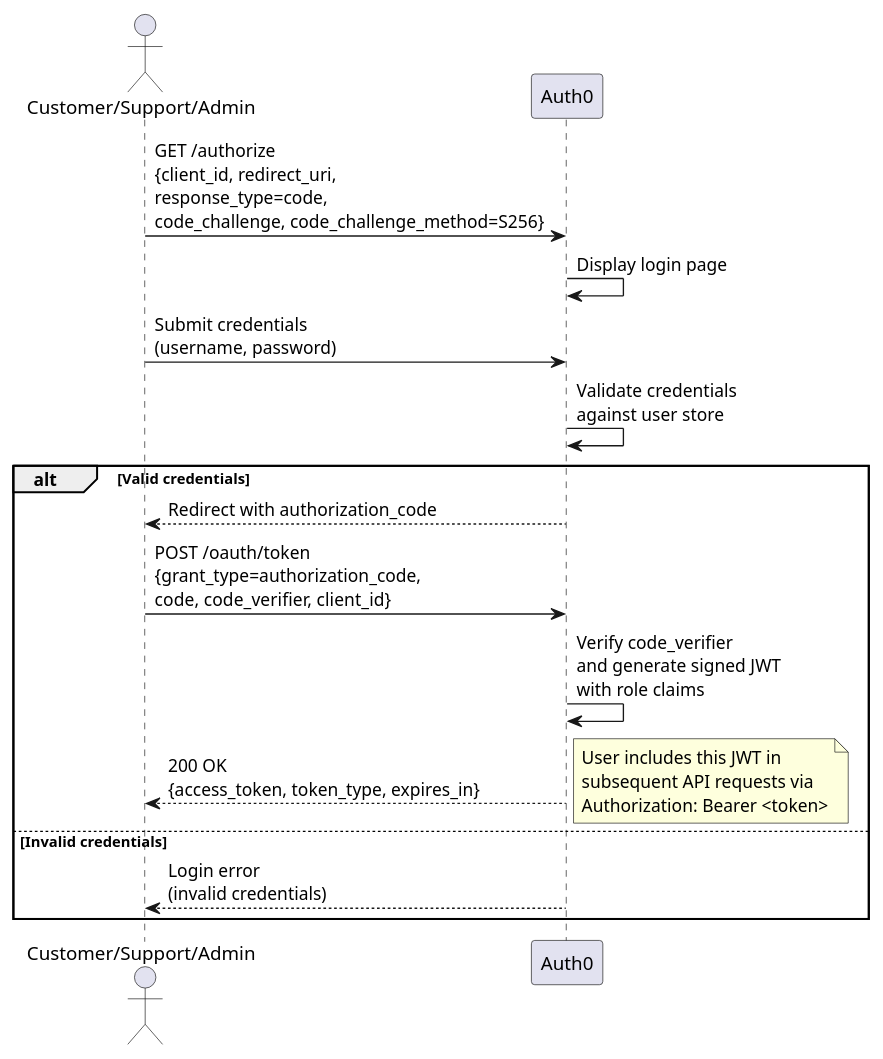
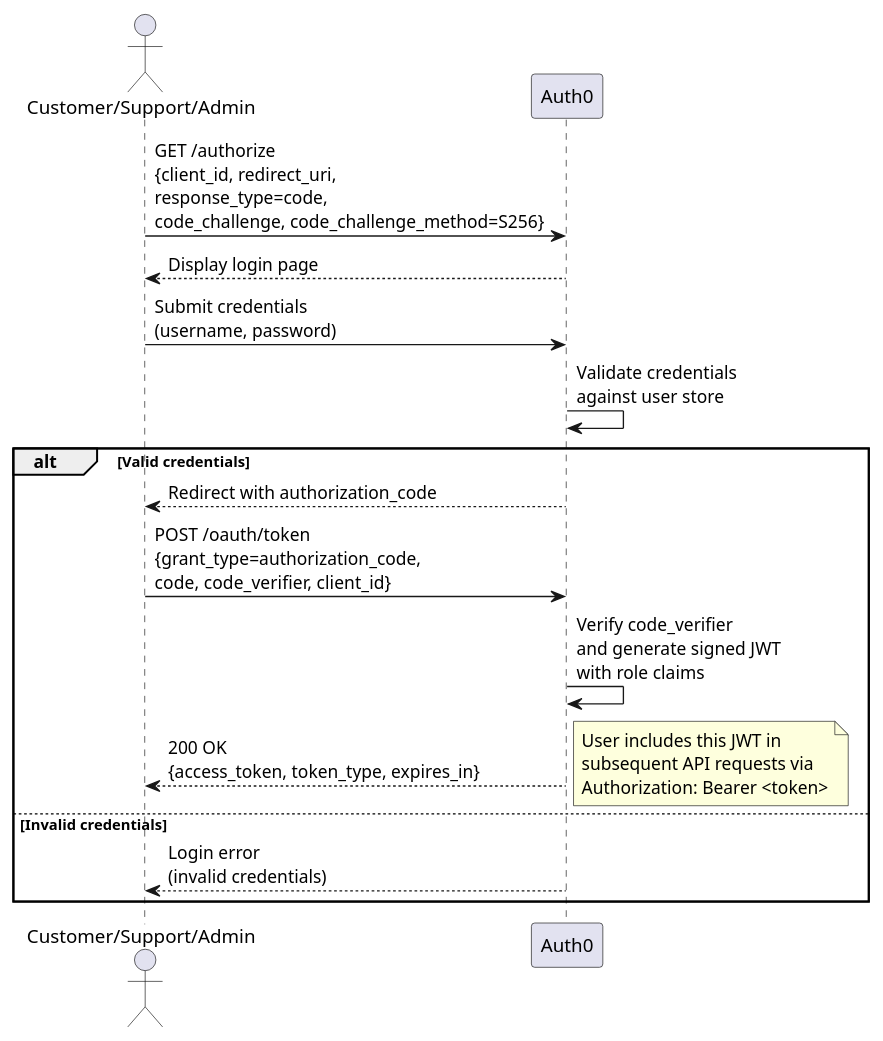
One commit to mei-desofs/desofs2026-wed_nap_1-1 changed the diagram in Deliverables/Phase1/UseCases/UC1_Login/resources/UseCase1.puml. Above: the diagram before and after it, drawn with PlantUML. The commit also changed 3 other files, not shown here.

```diff
--- a/Deliverables/Phase1/UseCases/UC1_Login/resources/UseCase1.puml
+++ b/Deliverables/Phase1/UseCases/UC1_Login/resources/UseCase1.puml
@@ -1,20 +1,20 @@
 @startuml
 actor User as "Customer/Support/Admin"
 participant "Auth0" as AUTH0
 
 User -> AUTH0: GET /authorize\n{client_id, redirect_uri,\nresponse_type=code,\ncode_challenge, code_challenge_method=S256}
-AUTH0 -> AUTH0: Display login page
+AUTH0 --> User: Display login page
 User -> AUTH0: Submit credentials\n(username, password)
 AUTH0 -> AUTH0: Validate credentials\nagainst user store
 
 alt Valid credentials
     AUTH0 --> User: Redirect with authorization_code
     User -> AUTH0: POST /oauth/token\n{grant_type=authorization_code,\ncode, code_verifier, client_id}
     AUTH0 -> AUTH0: Verify code_verifier\nand generate signed JWT\nwith role claims
     AUTH0 --> User: 200 OK\n{access_token, token_type, expires_in}
     note right: User includes this JWT in\nsubsequent API requests via\nAuthorization: Bearer <token>
 else Invalid credentials
     AUTH0 --> User: Login error\n(invalid credentials)
 end
 
 @enduml
```
